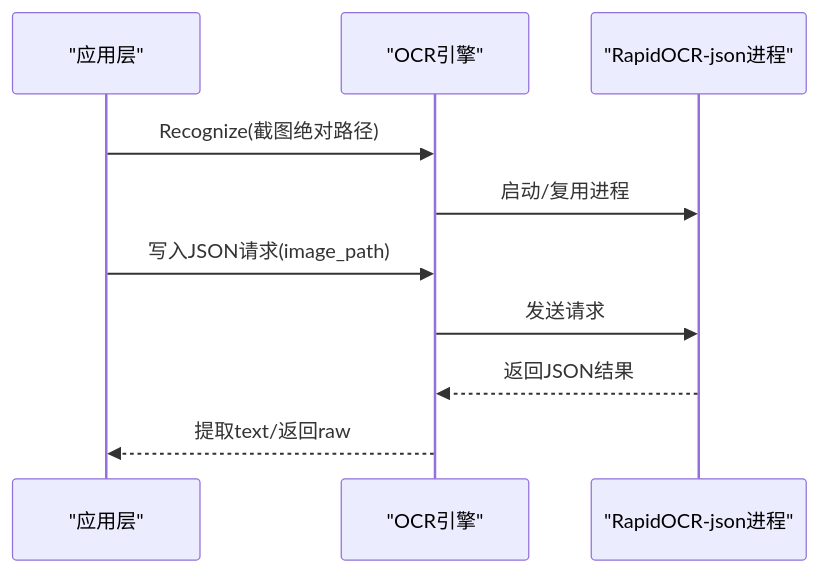
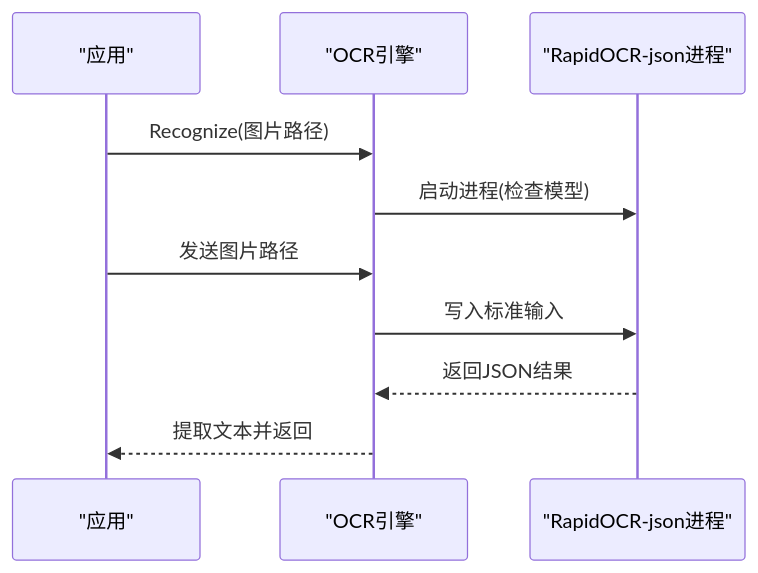
One commit to alvinwangzi/goodhr changed the eighth of 9 diagrams in .qoder/repowiki/zh/content/本地执行器/平台适配器/猎聘适配器/详情页面处理.md. Above: the diagram before and after it, drawn with Mermaid. The commit also changed other lines of this file and 149 other files, not shown here.

````diff
--- a/.qoder/repowiki/zh/content/本地执行器/平台适配器/猎聘适配器/详情页面处理.md
+++ b/.qoder/repowiki/zh/content/本地执行器/平台适配器/猎聘适配器/详情页面处理.md
@@ -283,12 +321,12 @@
 ```mermaid
 sequenceDiagram
-participant App as "应用层"
+participant App as "应用"
 participant OCR as "OCR引擎"
 participant Proc as "RapidOCR-json进程"
-App->>OCR : Recognize(截图绝对路径)
-OCR->>Proc : 启动/复用进程
-App->>OCR : 写入JSON请求(image_path)
-OCR->>Proc : 发送请求
+App->>OCR : Recognize(图片路径)
+OCR->>Proc : 启动进程(检查模型)
+App->>OCR : 发送图片路径
+OCR->>Proc : 写入标准输入
 Proc-->>OCR : 返回JSON结果
-OCR-->>App : 提取text/返回raw
+OCR-->>App : 提取文本并返回
 ```
````
